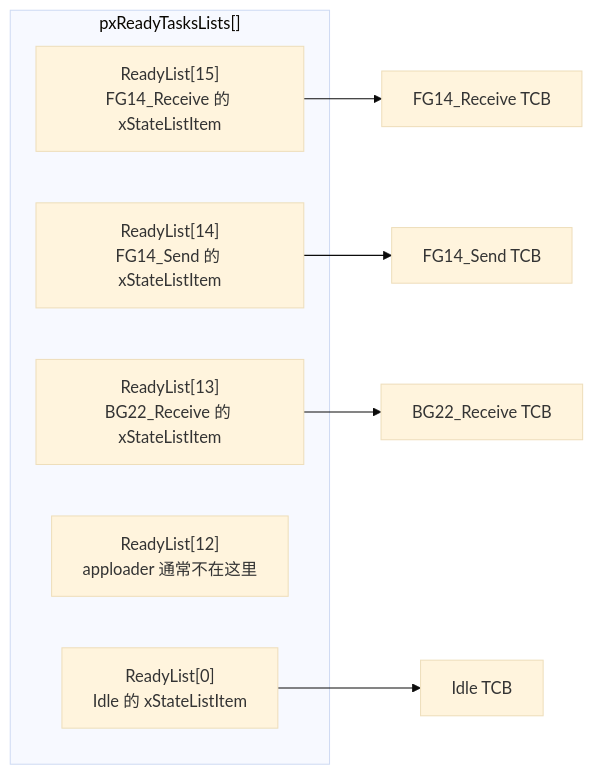
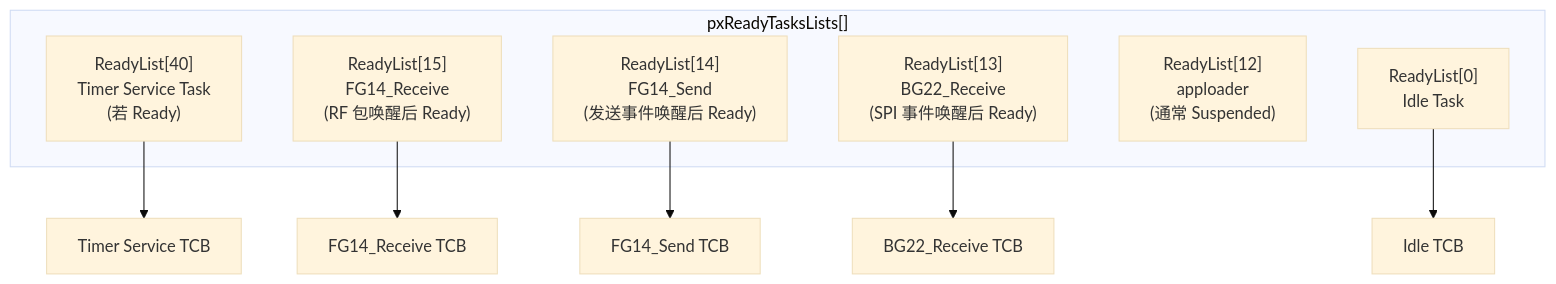
Before and after one commit to redamacy/embedded-system-notes: the fourth of 9 diagrams in RTOS/003_FreeRTOS_Scheduler_ReadyList_Deep_Dive.md, drawn with Mermaid (base theme). The commit also changed other lines of this file, not shown here.

````diff
--- a/RTOS/003_FreeRTOS_Scheduler_ReadyList_Deep_Dive.md
+++ b/RTOS/003_FreeRTOS_Scheduler_ReadyList_Deep_Dive.md
@@ -313,15 +490,17 @@
 ```mermaid
-flowchart LR
+flowchart TD
     subgraph R["pxReadyTasksLists[]"]
-        L15["ReadyList[15]<br/>FG14_Receive 的 xStateListItem"]
-        L14["ReadyList[14]<br/>FG14_Send 的 xStateListItem"]
-        L13["ReadyList[13]<br/>BG22_Receive 的 xStateListItem"]
-        L12["ReadyList[12]<br/>apploader 通常不在这里"]
-        L0["ReadyList[0]<br/>Idle 的 xStateListItem"]
+        L40["ReadyList[40]<br/>Timer Service Task<br/>(若 Ready)"]
+        L15["ReadyList[15]<br/>FG14_Receive<br/>(RF 包唤醒后 Ready)"]
+        L14["ReadyList[14]<br/>FG14_Send<br/>(发送事件唤醒后 Ready)"]
+        L13["ReadyList[13]<br/>BG22_Receive<br/>(SPI 事件唤醒后 Ready)"]
+        L12["ReadyList[12]<br/>apploader<br/>(通常 Suspended)"]
+        L0["ReadyList[0]<br/>Idle Task"]
     end
 
+    L40 --> T40["Timer Service TCB"]
     L15 --> T15["FG14_Receive TCB"]
     L14 --> T14["FG14_Send TCB"]
     L13 --> T13["BG22_Receive TCB"]
     L0 --> T0["Idle TCB"]
 ```
````
